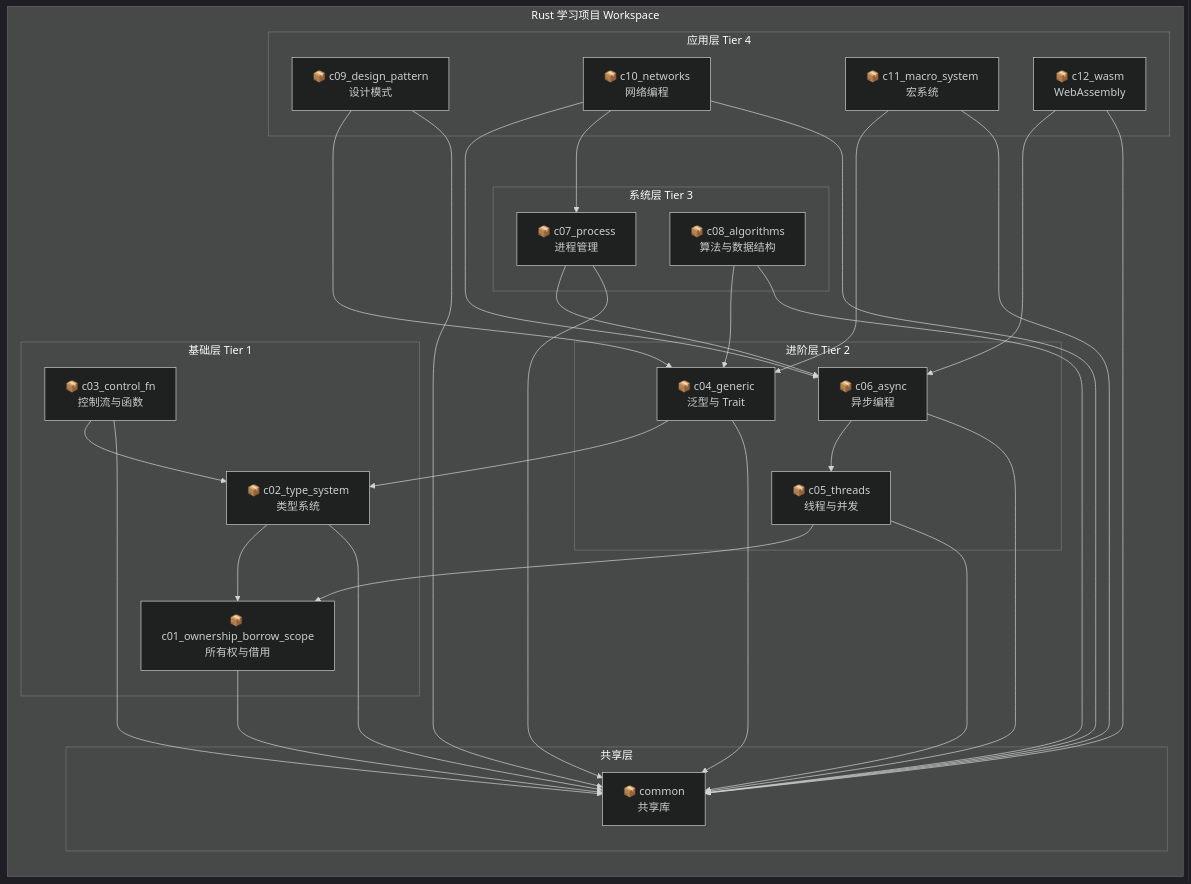
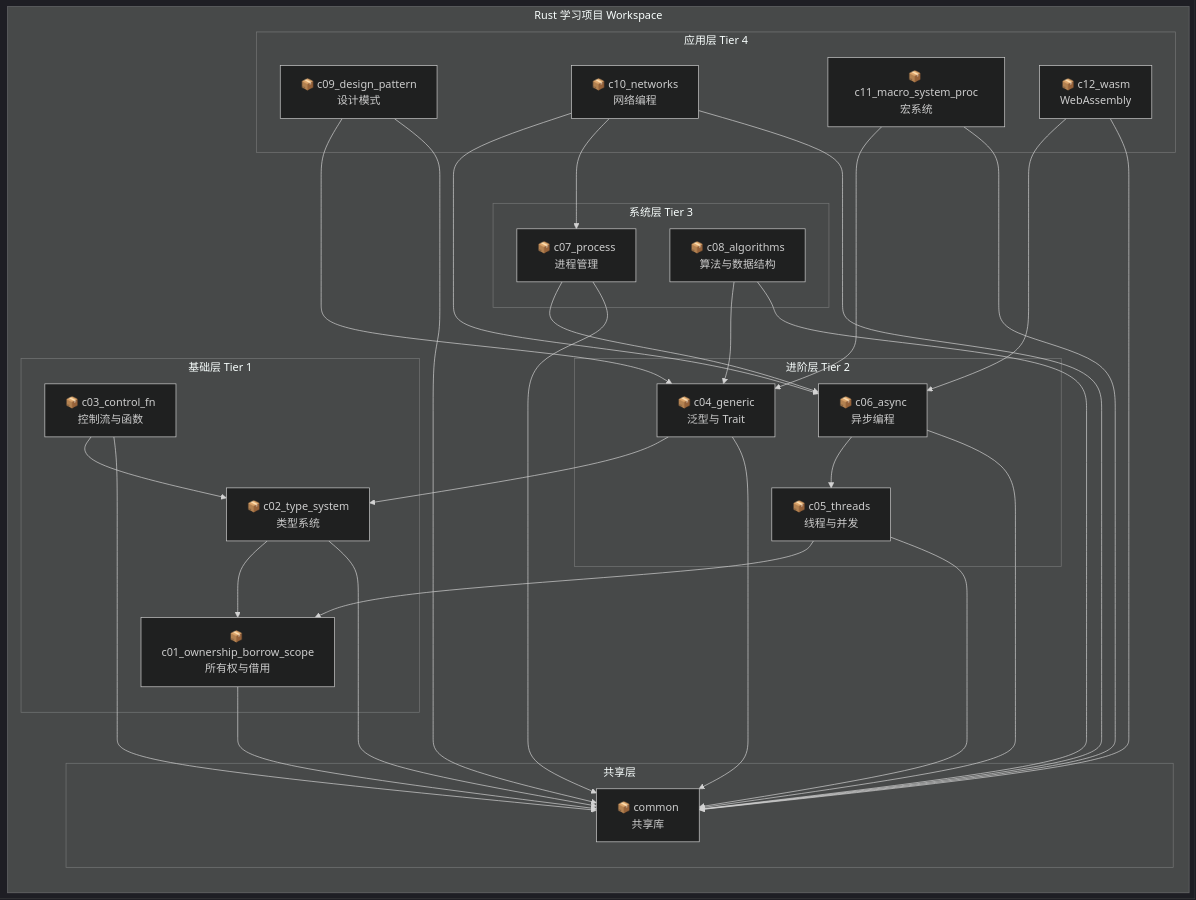
The first of 5 diagrams in docs/10_architecture.md (martin-ly/rust-lang), drawn with Mermaid (dark theme) before and after one commit. The commit also changed other lines of this file and 205 other files, not shown here.

````diff
--- a/docs/10_architecture.md
+++ b/docs/10_architecture.md
@@ -63,62 +63,62 @@
 ```mermaid
 graph TB
     subgraph "Rust 学习项目 Workspace"
         direction TB
 
         subgraph "基础层 Tier 1"
             C01["📦 c01_ownership_borrow_scope<br/>所有权与借用"]
             C02["📦 c02_type_system<br/>类型系统"]
             C03["📦 c03_control_fn<br/>控制流与函数"]
         end
 
         subgraph "进阶层 Tier 2"
             C04["📦 c04_generic<br/>泛型与 Trait"]
             C05["📦 c05_threads<br/>线程与并发"]
             C06["📦 c06_async<br/>异步编程"]
         end
 
         subgraph "系统层 Tier 3"
             C07["📦 c07_process<br/>进程管理"]
             C08["📦 c08_algorithms<br/>算法与数据结构"]
         end
 
         subgraph "应用层 Tier 4"
             C09["📦 c09_design_pattern<br/>设计模式"]
             C10["📦 c10_networks<br/>网络编程"]
-            C11["📦 c11_macro_system<br/>宏系统"]
+            C11["📦 c11_macro_system_proc<br/>宏系统"]
             C12["📦 c12_wasm<br/>WebAssembly"]
         end
 
         subgraph "共享层"
             COMMON["📦 common<br/>共享库"]
         end
     end
 
     %% 依赖关系
     C02 --> C01
     C03 --> C02
     C04 --> C02
     C05 --> C01
     C06 --> C05
     C07 --> C06
     C08 --> C04
     C09 --> C04
     C10 --> C06
     C10 --> C07
     C11 --> C04
     C12 --> C06
 
     %% 共享库依赖
     C01 --> COMMON
     C02 --> COMMON
     C03 --> COMMON
     C04 --> COMMON
     C05 --> COMMON
     C06 --> COMMON
     C07 --> COMMON
     C08 --> COMMON
     C09 --> COMMON
     C10 --> COMMON
     C11 --> COMMON
     C12 --> COMMON
 ```
````
